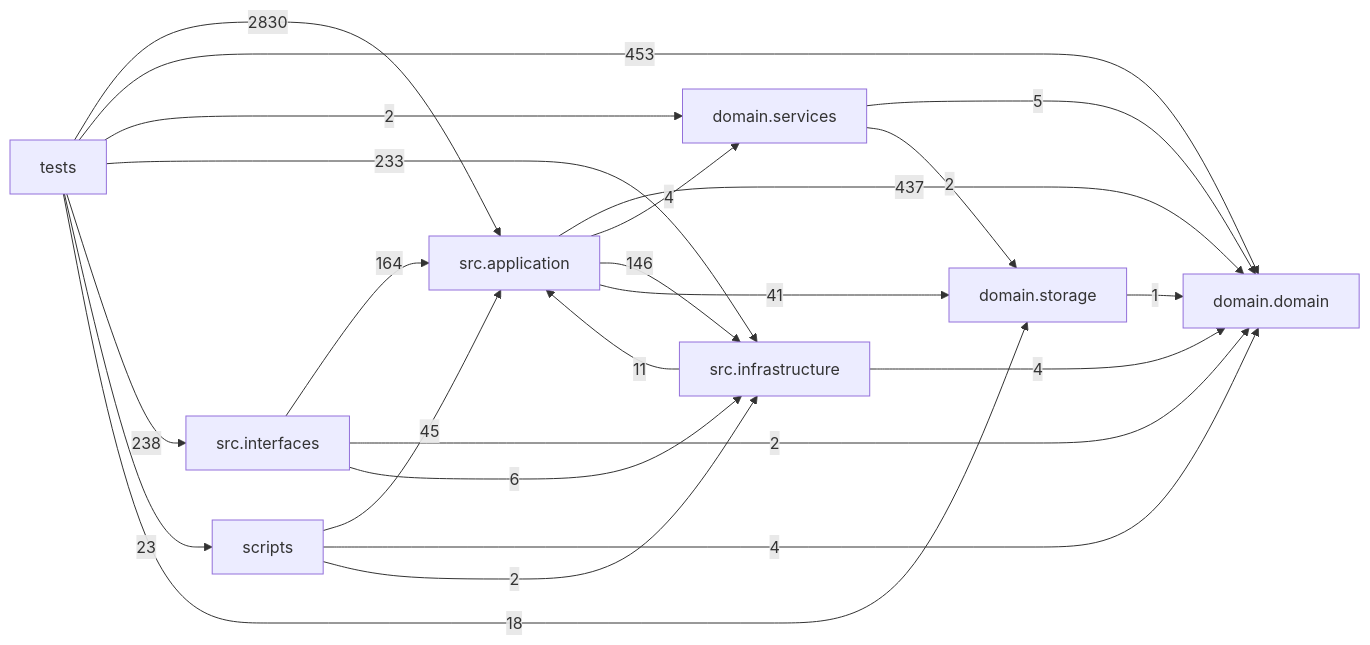
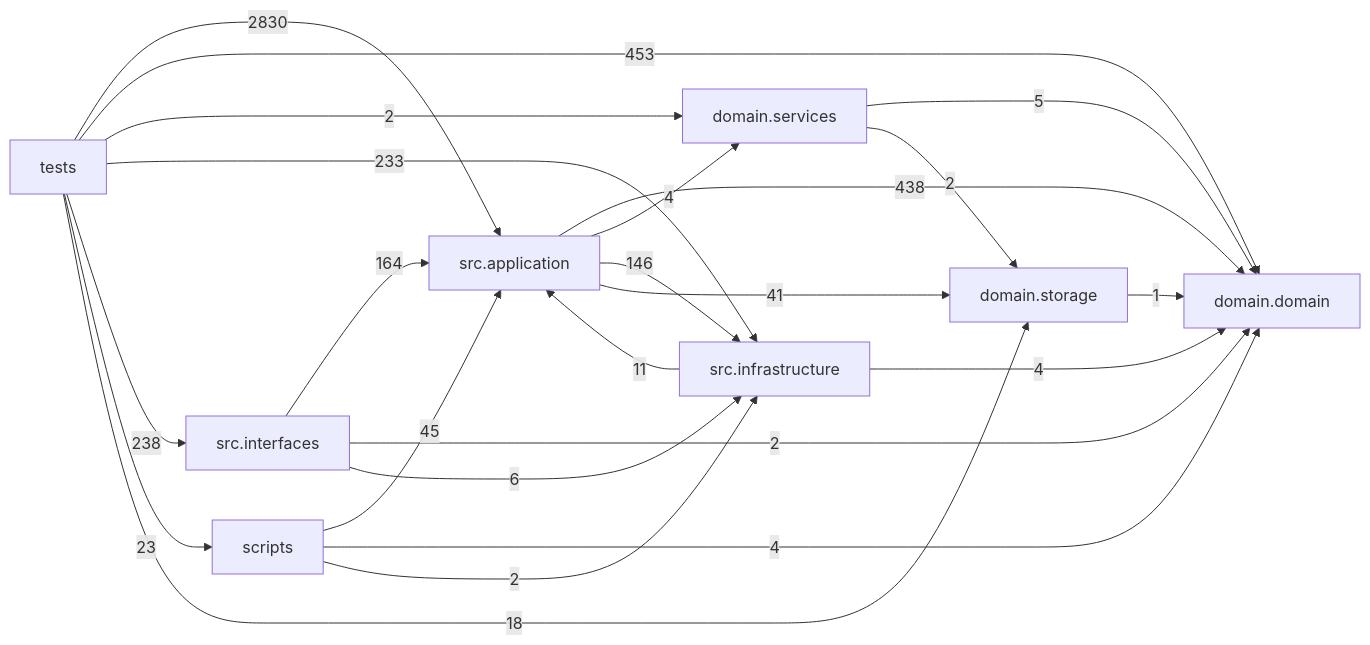
One commit to liuxie066/options-monitor changed the diagram in docs/DEPENDENCY_GRAPH.md. Above: the diagram before and after it, drawn with Mermaid. The commit also changed other lines of this file and 1 other file, not shown here.

Commit message:
docs(architecture): refresh dependency graph

````diff
--- a/docs/DEPENDENCY_GRAPH.md
+++ b/docs/DEPENDENCY_GRAPH.md
@@ -24,33 +24,33 @@
 ```mermaid
 flowchart LR
   tests["tests"]
   scripts["scripts"]
   interfaces["src.interfaces"]
   application["src.application"]
   infrastructure["src.infrastructure"]
   domain_services["domain.services"]
   domain["domain.domain"]
   storage["domain.storage"]
-  application -->|437| domain
+  application -->|438| domain
   application -->|4| domain_services
   application -->|146| infrastructure
   application -->|41| storage
   domain_services -->|5| domain
   domain_services -->|2| storage
   infrastructure -->|11| application
   infrastructure -->|4| domain
   interfaces -->|164| application
   interfaces -->|2| domain
   interfaces -->|6| infrastructure
   scripts -->|45| application
   scripts -->|4| domain
   scripts -->|2| infrastructure
   storage -->|1| domain
   tests -->|2830| application
   tests -->|453| domain
   tests -->|2| domain_services
   tests -->|233| infrastructure
   tests -->|238| interfaces
   tests -->|23| scripts
   tests -->|18| storage
 ```
````
